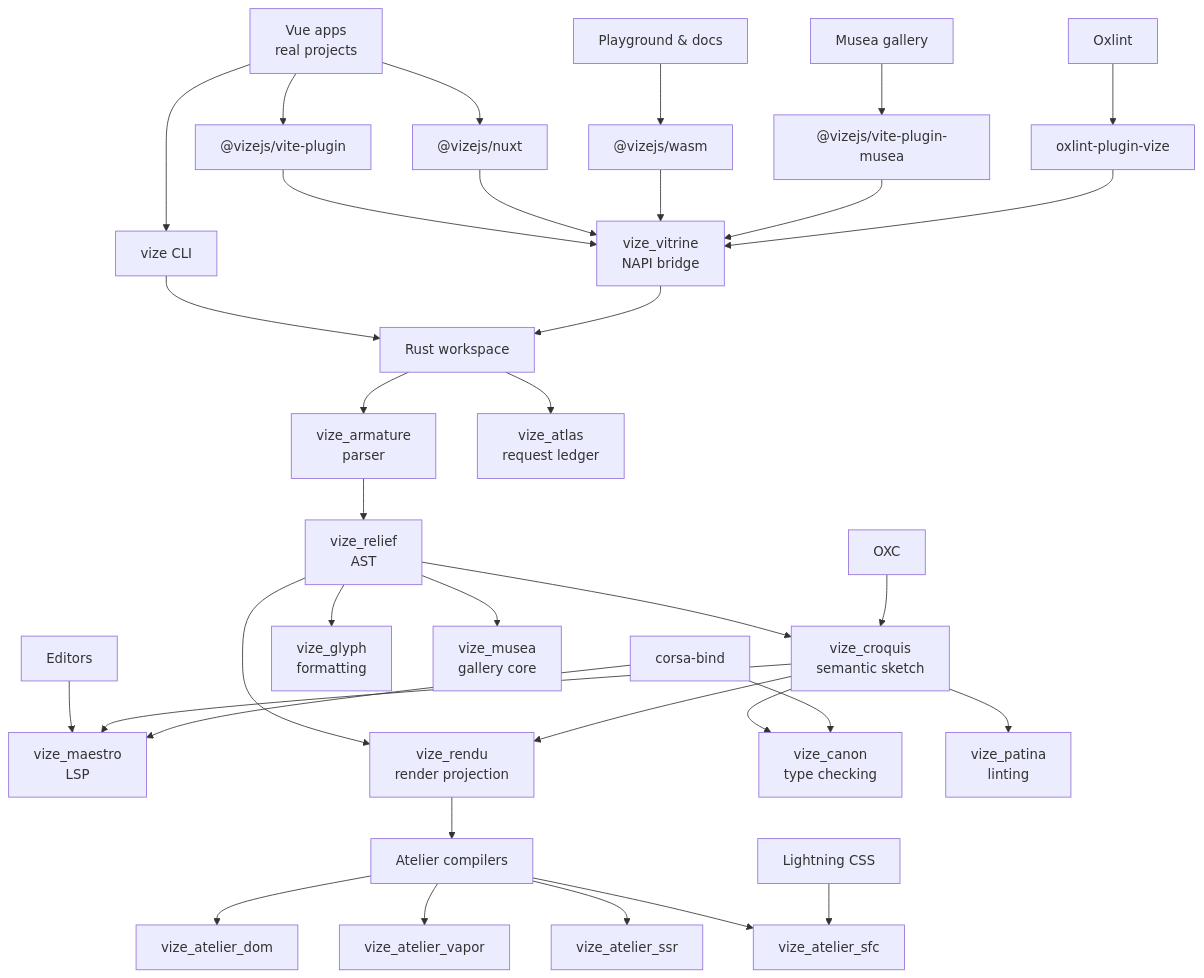
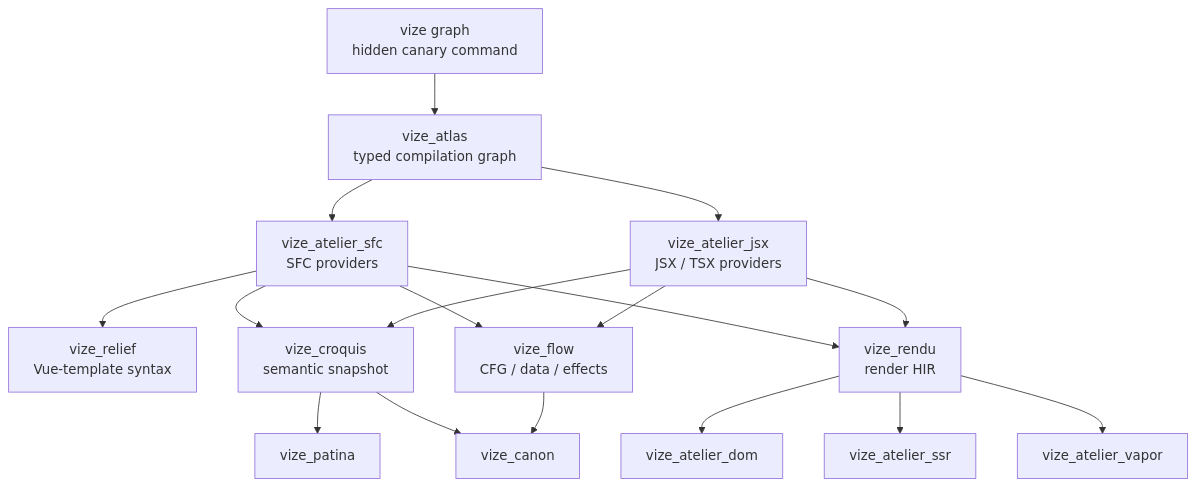
Before and after one commit to ubugeeei-prod/vize: the first of 2 diagrams in docs/content/architecture/overview.md, drawn with Mermaid. The commit also changed other lines of this file and 275 other files, not shown here.

Commit message:
refactor(infra)!: build the typed artifact graph

````diff
--- a/docs/content/architecture/overview.md
+++ b/docs/content/architecture/overview.md
@@ -23,41 +24,21 @@
 ```mermaid
 graph TD
-    App["Vue apps<br/>real projects"] --> Vite["@vizejs/vite-plugin"]
-    App --> Nuxt["@vizejs/nuxt"]
-    App --> Cli["vize CLI"]
-    Editor["Editors"] --> Maestro["vize_maestro<br/>LSP"]
-    Browser["Playground & docs"] --> Wasm["@vizejs/wasm"]
-    MuseaUi["Musea gallery"] --> MuseaPkg["@vizejs/vite-plugin-musea"]
-    Oxlint["Oxlint"] --> OxlintPkg["oxlint-plugin-vize"]
+    Canary["vize graph<br/>hidden canary command"] --> Atlas["vize_atlas<br/>typed compilation graph"]
 
-    Vite --> Vitrine["vize_vitrine<br/>NAPI bridge"]
-    Nuxt --> Vitrine
-    Wasm --> Vitrine
-    MuseaPkg --> Vitrine
-    OxlintPkg --> Vitrine
-    Cli --> Core["Rust workspace"]
-    Vitrine --> Core
+    Atlas --> Sfc["vize_atelier_sfc<br/>SFC providers"]
+    Atlas --> Jsx["vize_atelier_jsx<br/>JSX / TSX providers"]
+    Sfc --> Relief["vize_relief<br/>Vue-template syntax"]
+    Sfc --> Croquis["vize_croquis<br/>semantic snapshot"]
+    Jsx --> Croquis
+    Sfc --> Flow["vize_flow<br/>CFG / data / effects"]
+    Jsx --> Flow
+    Sfc --> Rendu["vize_rendu<br/>render HIR"]
+    Jsx --> Rendu
 
-    Core --> Armature["vize_armature<br/>parser"]
-    Armature --> Relief["vize_relief<br/>AST"]
-    Relief --> Croquis["vize_croquis<br/>semantic sketch"]
-    Relief --> Rendu["vize_rendu<br/>render projection"]
-    Croquis --> Rendu
-    Core --> Atlas["vize_atlas<br/>request ledger"]
-    Rendu --> Atelier["Atelier compilers"]
-    Atelier --> Dom["vize_atelier_dom"]
-    Atelier --> Vapor["vize_atelier_vapor"]
-    Atelier --> Ssr["vize_atelier_ssr"]
-    Atelier --> Sfc["vize_atelier_sfc"]
-
-    Croquis --> Canon["vize_canon<br/>type checking"]
-    Croquis --> Patina["vize_patina<br/>linting"]
-    Relief --> Glyph["vize_glyph<br/>formatting"]
-    Croquis --> Maestro
-    Relief --> Musea["vize_musea<br/>gallery core"]
-
-    Oxc["OXC"] --> Croquis
-    Corsa["corsa-bind"] --> Canon
-    Corsa --> Maestro
-    Lightning["Lightning CSS"] --> Sfc
+    Rendu --> Dom["vize_atelier_dom"]
+    Rendu --> Ssr["vize_atelier_ssr"]
+    Rendu --> Vapor["vize_atelier_vapor"]
+    Croquis --> Patina["vize_patina"]
+    Croquis --> Canon["vize_canon"]
+    Flow --> Canon
 ```
````
